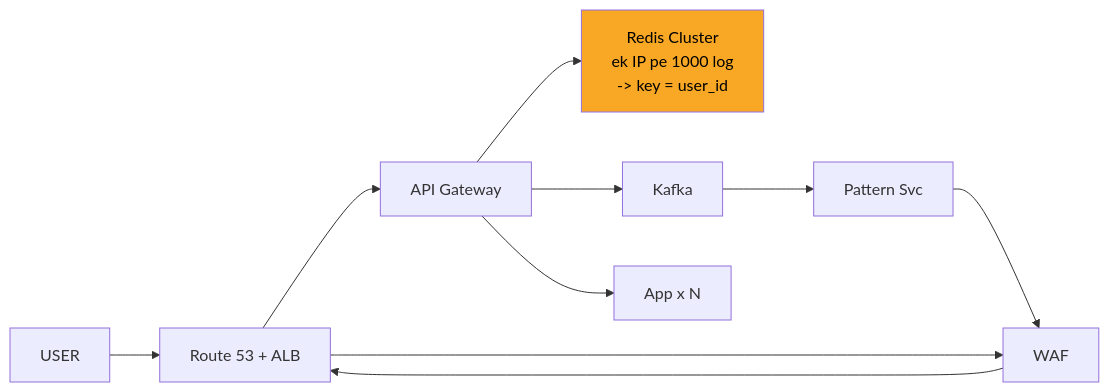
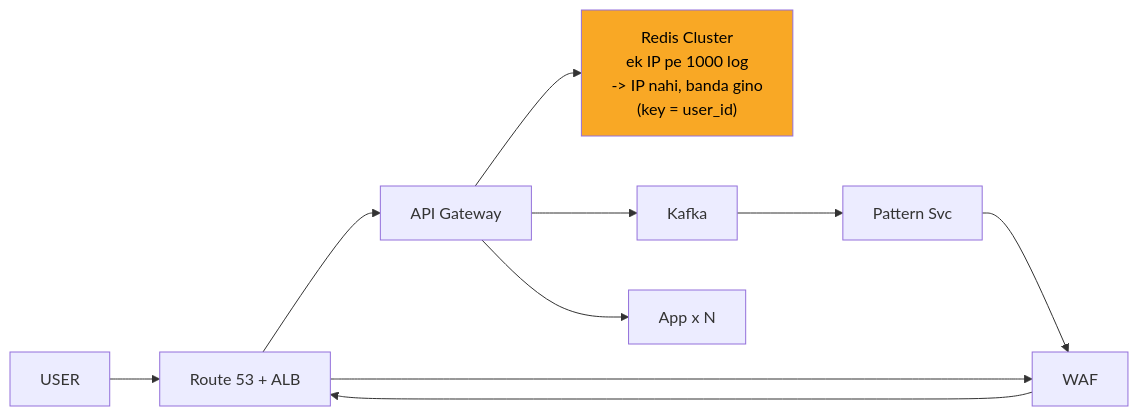
One commit to ArpanMaheshwari144/Prep changed the tenth of 11 diagrams in 04_HLD/SYSTEM_DESIGNS/02_rate_limiter/02_rate_limiter.md. Above: the diagram before and after it, drawn with Mermaid. The commit also changed other lines of this file and 13 other files, not shown here.

````diff
--- a/04_HLD/SYSTEM_DESIGNS/02_rate_limiter/02_rate_limiter.md
+++ b/04_HLD/SYSTEM_DESIGNS/02_rate_limiter/02_rate_limiter.md
@@ -383,21 +383,21 @@
 ```mermaid
 flowchart LR
     n_USER["USER"]
     n_EDGE["Route 53 + ALB"]
     n_API_Gateway["API Gateway"]
-    n_Redis_Cluster["Redis Cluster<br/>ek IP pe 1000 log<br/>-> key = user_id"]
+    n_Redis_Cluster["Redis Cluster<br/>ek IP pe 1000 log<br/>-> IP nahi, banda gino<br/>(key = user_id)"]
     n_Kafka["Kafka"]
     n_Pattern_Svc["Pattern Svc"]
     n_WAF["WAF"]
     n_App_xN["App x N"]
     n_EDGE --> n_API_Gateway
     n_API_Gateway --> n_Redis_Cluster
     n_API_Gateway --> n_App_xN
     n_Kafka --> n_Pattern_Svc
     n_Pattern_Svc --> n_WAF
     n_API_Gateway --> n_Kafka
     n_USER --> n_EDGE
     n_EDGE --> n_WAF
     n_WAF --> n_EDGE
     style n_Redis_Cluster fill:#f9a825,color:#000
 ```
````
